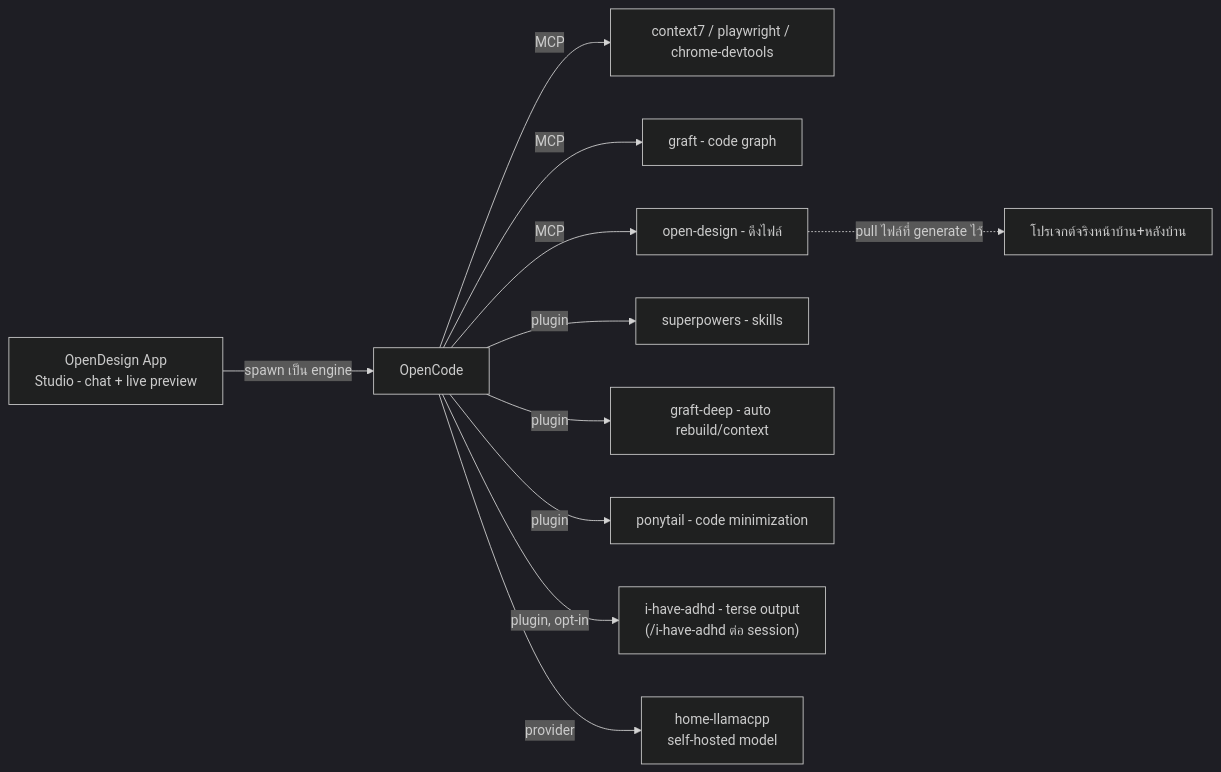
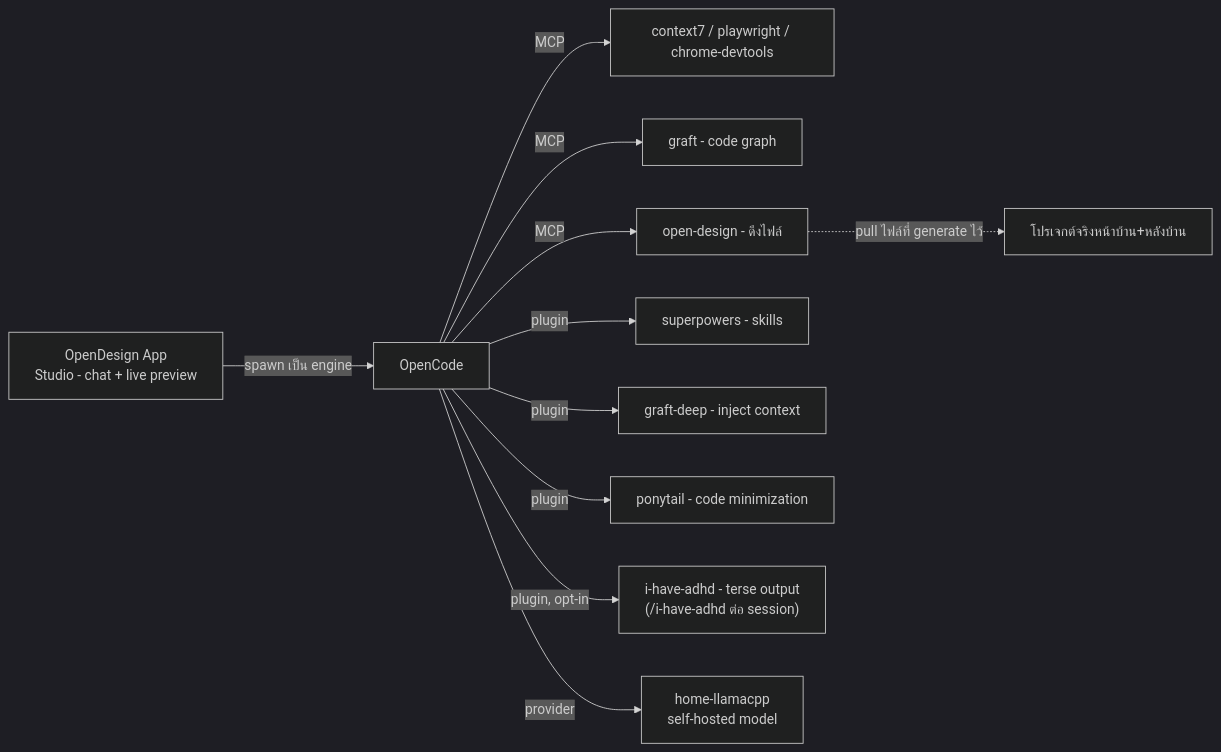
One commit to adcident12/my-manual-opencode changed the first of 3 diagrams in USER-MANUAL.md. Above: the diagram before and after it, drawn with Mermaid (dark theme). The commit also changed other lines of this file and 5 other files, not shown here.

First line of the commit message:
refactor(graft-deep): drop redundant auto-rebuild hook, verified live

````diff
--- a/USER-MANUAL.md
+++ b/USER-MANUAL.md
@@ -27,13 +27,13 @@
 ```mermaid
 graph LR
     A[OpenDesign App<br/>Studio - chat + live preview] -->|spawn เป็น engine| B[OpenCode]
     B -->|MCP| C[context7 / playwright / chrome-devtools]
     B -->|MCP| D[graft - code graph]
     B -->|MCP| E[open-design - ดึงไฟล์]
     B -->|plugin| F[superpowers - skills]
-    B -->|plugin| G[graft-deep - auto rebuild/context]
+    B -->|plugin| G[graft-deep - inject context]
     B -->|plugin| L[ponytail - code minimization]
     B -->|plugin, opt-in| M["i-have-adhd - terse output<br/>(/i-have-adhd ต่อ session)"]
     B -->|provider| H[home-llamacpp<br/>self-hosted model]
     E -.->|pull ไฟล์ที่ generate ไว้| I[โปรเจกต์จริงหน้าบ้าน+หลังบ้าน]
 ```
````
